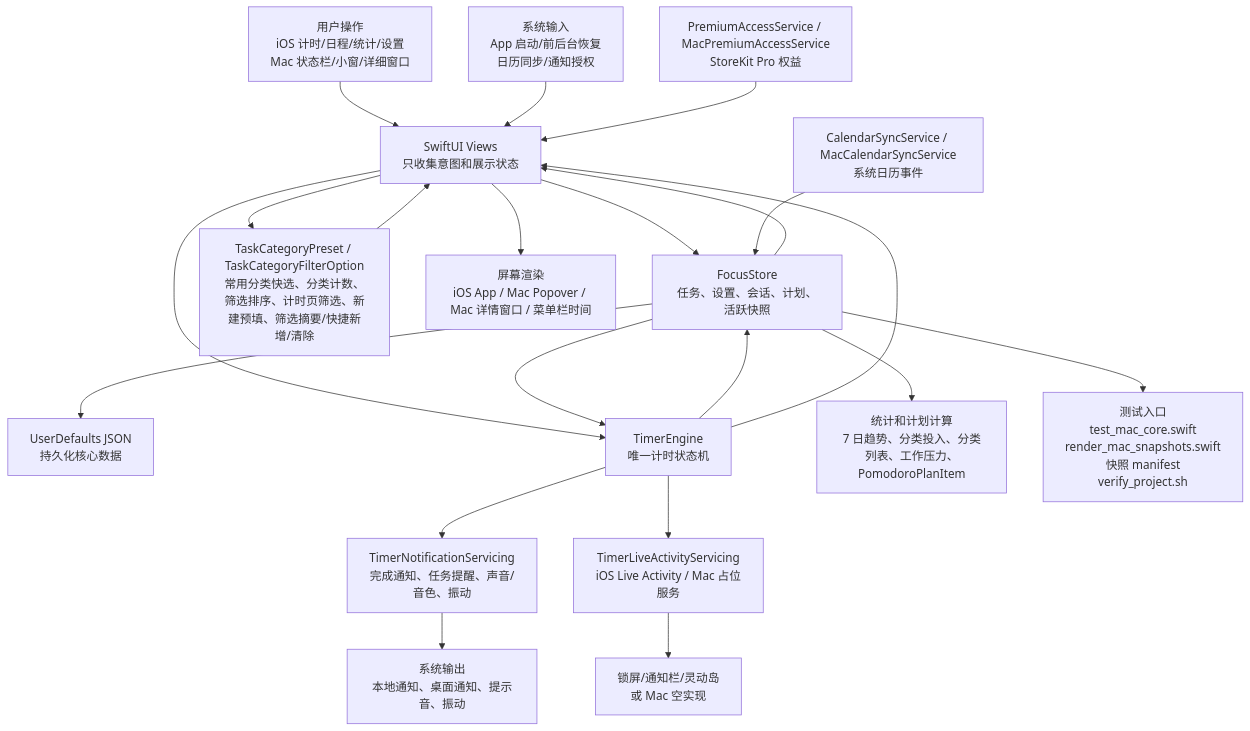
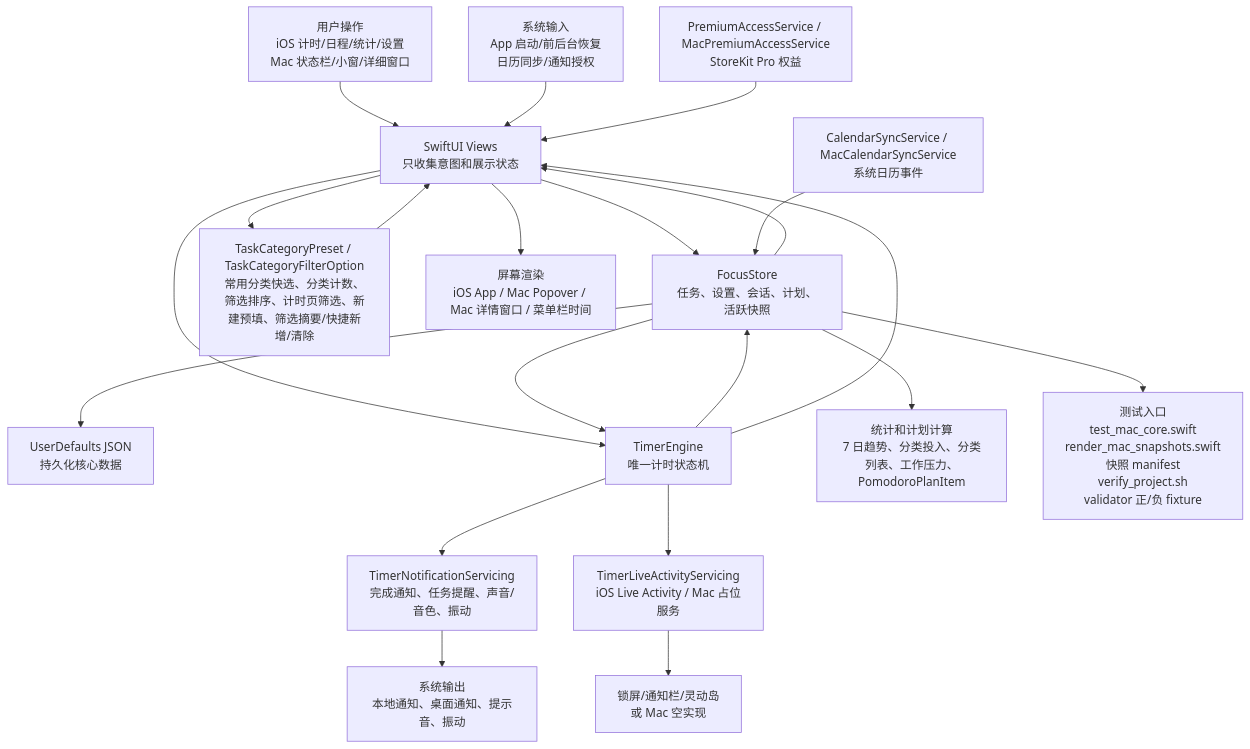
One commit to Altman-sam114/114 changed the first of 6 diagrams in md/flow/flowchart.md. Above: the diagram before and after it, drawn with Mermaid. The commit also changed 6 other files, not shown here.

````diff
--- a/md/flow/flowchart.md
+++ b/md/flow/flowchart.md
@@ -9,23 +9,23 @@
 ```mermaid
 flowchart TD
   U["用户操作<br/>iOS 计时/日程/统计/设置<br/>Mac 状态栏/小窗/详细窗口"] --> V["SwiftUI Views<br/>只收集意图和展示状态"]
   SYS["系统输入<br/>App 启动/前后台恢复<br/>日历同步/通知授权"] --> V
   V --> S["FocusStore<br/>任务、设置、会话、计划、活跃快照"]
   V --> CAT["TaskCategoryPreset / TaskCategoryFilterOption<br/>常用分类快选、分类计数、筛选排序、计时页筛选、新建预填、筛选摘要/快捷新增/清除"]
   CAT --> V
   S --> P["UserDefaults JSON<br/>持久化核心数据"]
   V --> E["TimerEngine<br/>唯一计时状态机"]
   S --> E
   E --> S
   E --> N["TimerNotificationServicing<br/>完成通知、任务提醒、声音/音色、振动"]
   E --> L["TimerLiveActivityServicing<br/>iOS Live Activity / Mac 占位服务"]
   S --> C["统计和计划计算<br/>7 日趋势、分类投入、分类列表、工作压力、PomodoroPlanItem"]
   CAL["CalendarSyncService / MacCalendarSyncService<br/>系统日历事件"] --> S
   PRO["PremiumAccessService / MacPremiumAccessService<br/>StoreKit Pro 权益"] --> V
   S --> V
   E --> V
   V --> OUT["屏幕渲染<br/>iOS App / Mac Popover / Mac 详情窗口 / 菜单栏时间"]
   N --> OUT2["系统输出<br/>本地通知、桌面通知、提示音、振动"]
   L --> OUT3["锁屏/通知栏/灵动岛<br/>或 Mac 空实现"]
-  S --> T["测试入口<br/>test_mac_core.swift<br/>render_mac_snapshots.swift<br/>快照 manifest<br/>verify_project.sh"]
+  S --> T["测试入口<br/>test_mac_core.swift<br/>render_mac_snapshots.swift<br/>快照 manifest<br/>verify_project.sh<br/>validator 正/负 fixture"]
 ```
````
